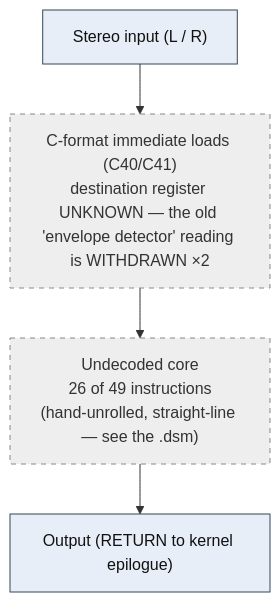
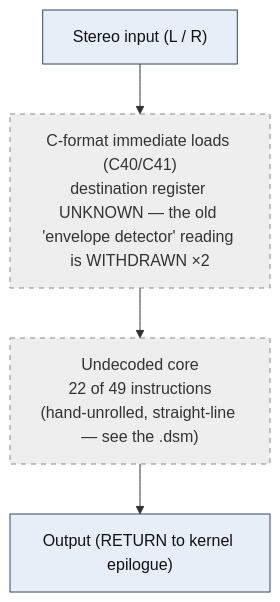
Before and after one commit to ArqueologiaDigital/kn5000-roms-disasm: the diagram in dsp/flowcharts/prog00_no_operation.md, drawn with Mermaid. The commit also changed other lines of this file and 78 other files, not shown here.

````diff
--- a/dsp/flowcharts/prog00_no_operation.md
+++ b/dsp/flowcharts/prog00_no_operation.md
@@ -12,19 +12,19 @@
 ```mermaid
 flowchart TD
     N0["Stereo input (L / R)"]
     N1["C-format immediate loads (C40/C41)<br/>destination register UNKNOWN &mdash; the old 'envelope detector' reading is WITHDRAWN &times;2"]
     N0 --> N1
-    N2["Undecoded core<br/>26 of 49 instructions<br/>(hand-unrolled, straight-line &mdash; see the .dsm)"]
+    N2["Undecoded core<br/>22 of 49 instructions<br/>(hand-unrolled, straight-line &mdash; see the .dsm)"]
     N1 --> N2
     N3["Output (RETURN to kernel epilogue)"]
     N2 --> N3
 
     classDef io fill:#e8eef7,stroke:#33475b,stroke-width:1px,color:#111;
     classDef proven fill:#d7f0d7,stroke:#2e7d32,stroke-width:2px,color:#111;
     classDef measured fill:#dbe9fb,stroke:#1565c0,stroke-width:1.5px,color:#111;
     classDef inferred fill:#fdf0d5,stroke:#b8860b,stroke-width:1.5px,color:#111;
     classDef open fill:#eeeeee,stroke:#888,stroke-width:1px,color:#333,stroke-dasharray:5 5;
     classDef ctrl fill:#f3e8fb,stroke:#6a1b9a,stroke-width:1px,color:#111;
     class N0,N3 io;
     class N1,N2 open;
 ```
````
